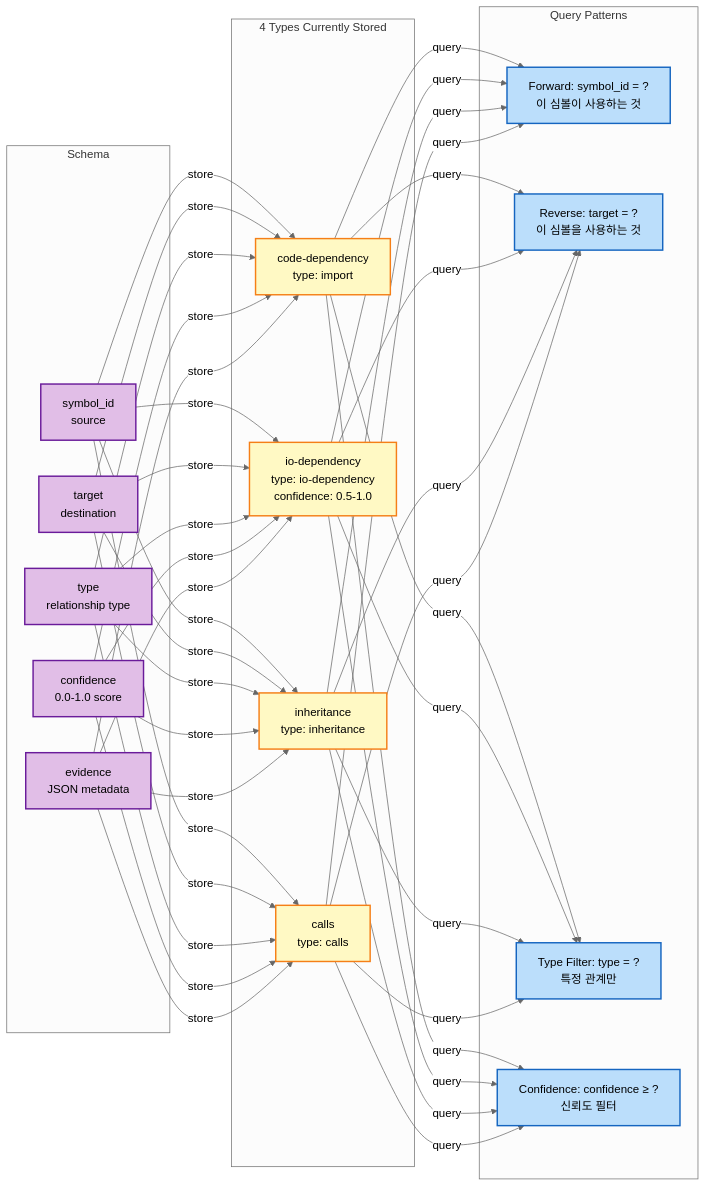
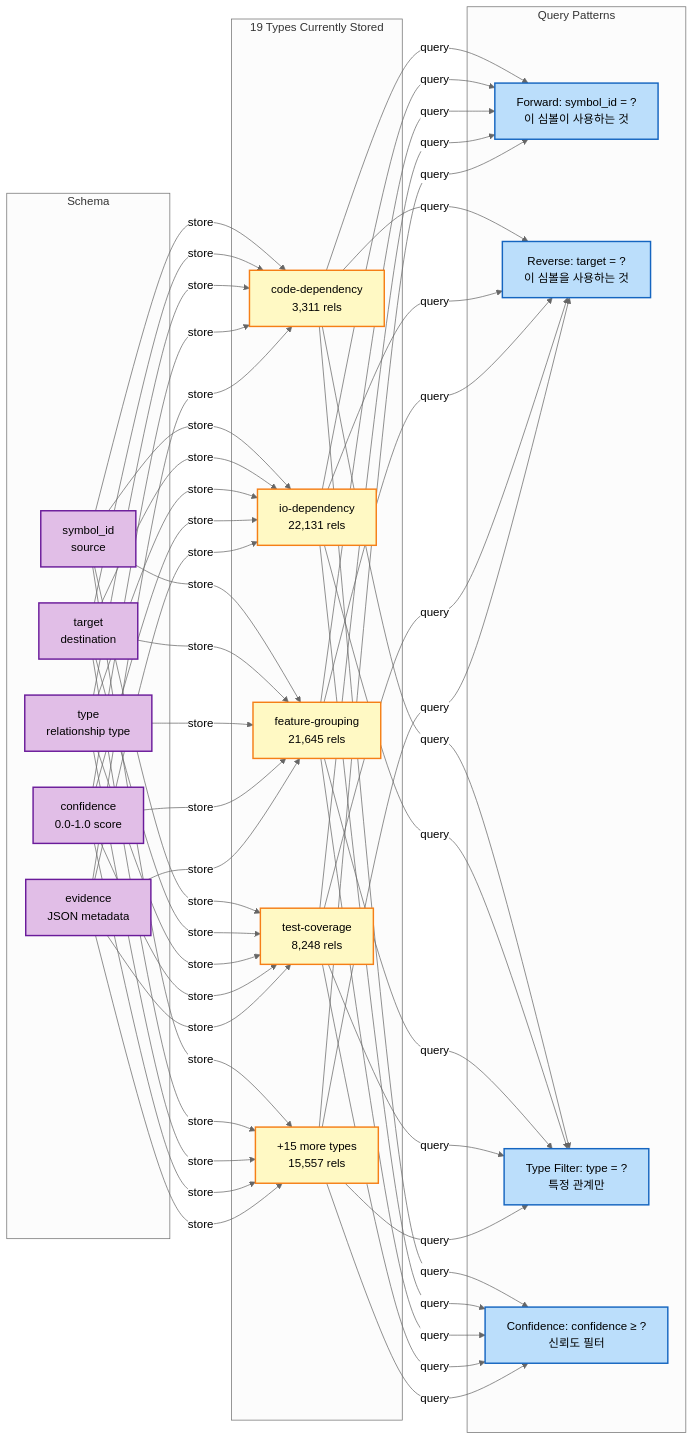
One commit to mineclover/tsdoc-edge changed the sixth of 8 diagrams in managed/architecture/diagrams/dependency-meta-structure.mmd. Above: the diagram before and after it, drawn with Mermaid (neutral theme). The commit also changed other lines of this file and 10 other files, not shown here.

````diff
--- a/managed/architecture/diagrams/dependency-meta-structure.mmd
+++ b/managed/architecture/diagrams/dependency-meta-structure.mmd
@@ -268,42 +280,44 @@
 ```mermaid
 graph LR
     subgraph "Schema"
         S1[symbol_id<br/>source]
         S2[target<br/>destination]
         S3[type<br/>relationship type]
         S4[confidence<br/>0.0-1.0 score]
         S5[evidence<br/>JSON metadata]
     end
 
-    subgraph "4 Types Currently Stored"
-        T1[code-dependency<br/>type: import]
-        T2[io-dependency<br/>type: io-dependency<br/>confidence: 0.5-1.0]
-        T3[inheritance<br/>type: inheritance]
-        T4[calls<br/>type: calls]
+    subgraph "19 Types Currently Stored"
+        T1[code-dependency<br/>3,311 rels]
+        T2[io-dependency<br/>22,131 rels]
+        T3[feature-grouping<br/>21,645 rels]
+        T4[test-coverage<br/>8,248 rels]
+        T5[+15 more types<br/>15,557 rels]
     end
 
     subgraph "Query Patterns"
         Q1[Forward: symbol_id = ?<br/>이 심볼이 사용하는 것]
         Q2[Reverse: target = ?<br/>이 심볼을 사용하는 것]
         Q3[Type Filter: type = ?<br/>특정 관계만]
         Q4[Confidence: confidence ≥ ?<br/>신뢰도 필터]
     end
 
     S1 & S2 & S3 & S4 & S5 -->|store| T1
     S1 & S2 & S3 & S4 & S5 -->|store| T2
     S1 & S2 & S3 & S4 & S5 -->|store| T3
     S1 & S2 & S3 & S4 & S5 -->|store| T4
+    S1 & S2 & S3 & S4 & S5 -->|store| T5
 
-    T1 & T2 & T3 & T4 -->|query| Q1
-    T1 & T2 & T3 & T4 -->|query| Q2
-    T1 & T2 & T3 & T4 -->|query| Q3
-    T1 & T2 & T3 & T4 -->|query| Q4
+    T1 & T2 & T3 & T4 & T5 -->|query| Q1
+    T1 & T2 & T3 & T4 & T5 -->|query| Q2
+    T1 & T2 & T3 & T4 & T5 -->|query| Q3
+    T1 & T2 & T3 & T4 & T5 -->|query| Q4
 
     classDef schema fill:#e1bee7,stroke:#6a1b9a,stroke-width:2px
     classDef type fill:#fff9c4,stroke:#f57f17,stroke-width:2px
     classDef query fill:#bbdefb,stroke:#1565c0,stroke-width:2px
 
     class S1,S2,S3,S4,S5 schema
-    class T1,T2,T3,T4 type
+    class T1,T2,T3,T4,T5 type
     class Q1,Q2,Q3,Q4 query
 ```
````
